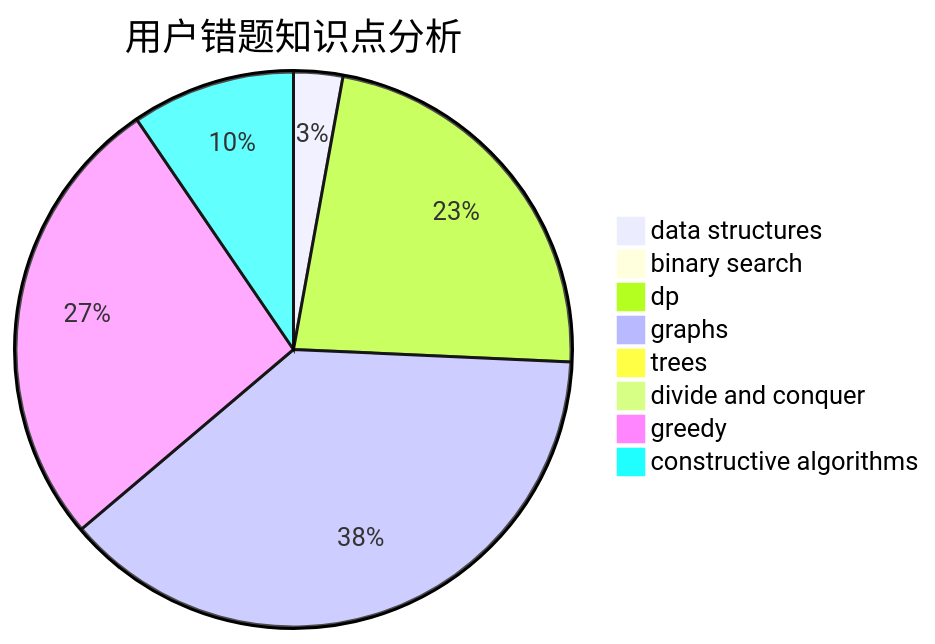
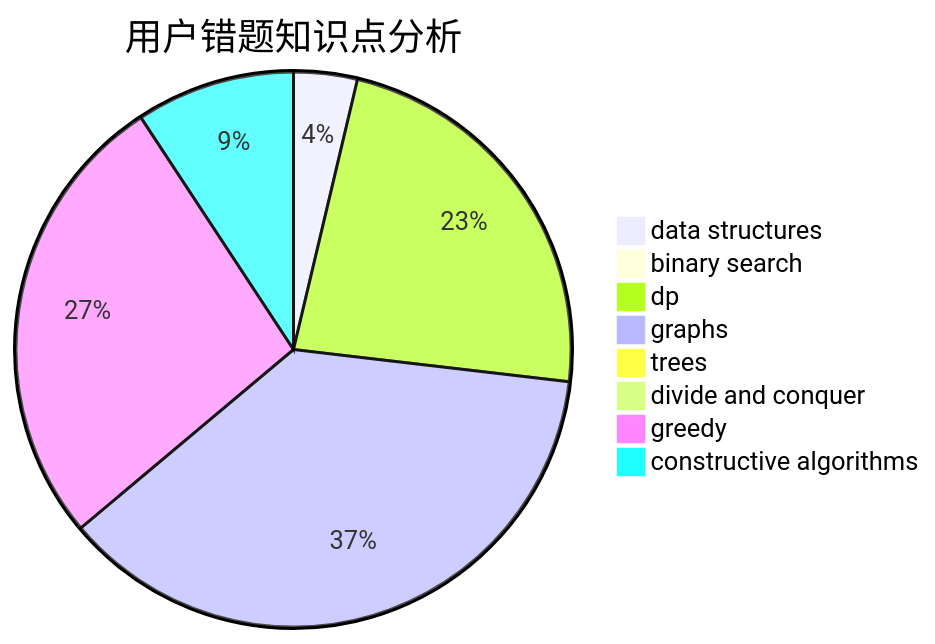
One commit to sherpahu/cfrs.github.io changed the third of 3 diagrams in docs/user/u106.md. Above: the diagram before and after it, drawn with Mermaid. The commit also changed other lines of this file and 2770 other files, not shown here.

````diff
--- a/docs/user/u106.md
+++ b/docs/user/u106.md
@@ -36,11 +36,11 @@
 ```mermaid
 pie title 用户错题知识点分析
-    "data structures" :  3
+    "data structures" :  4
     "binary search" :  0
-    "dp" :  24
+    "dp" :  25
     "graphs" :  40
     "trees" :  0
     "divide and conquer" :  0
-    "greedy" :  28
+    "greedy" :  29
     "constructive algorithms" :  10
 ```
````
